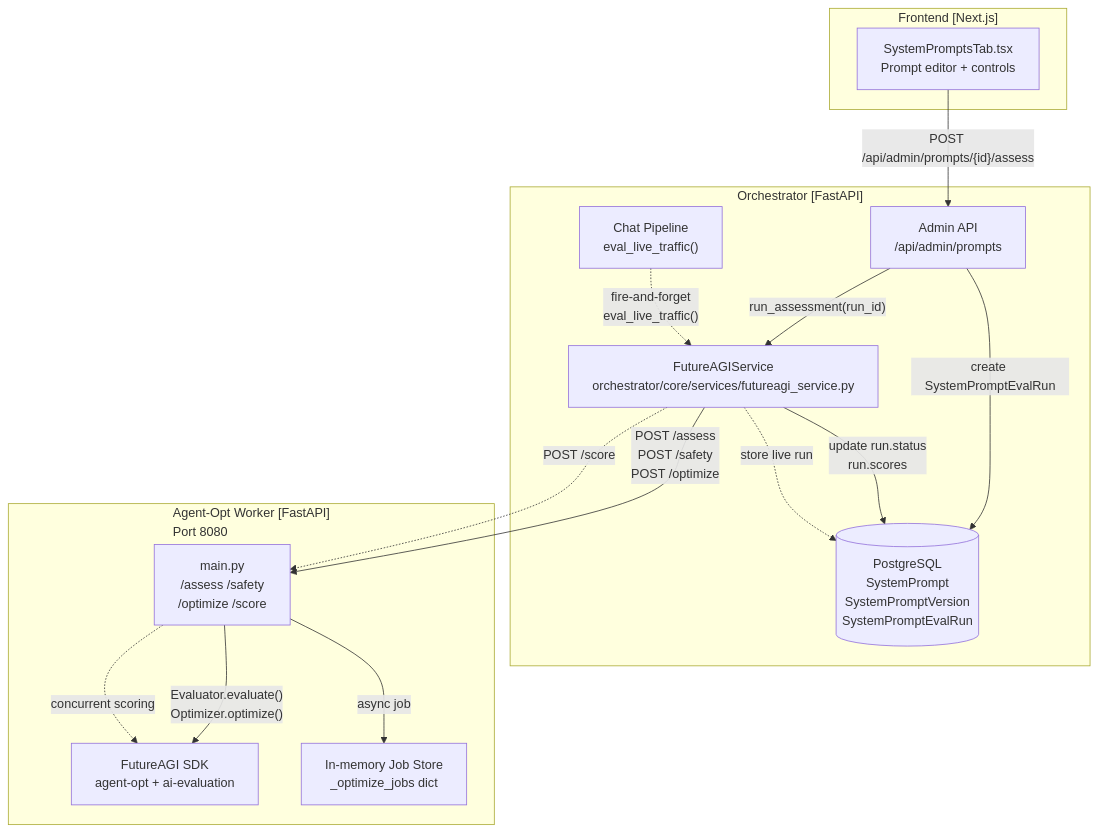
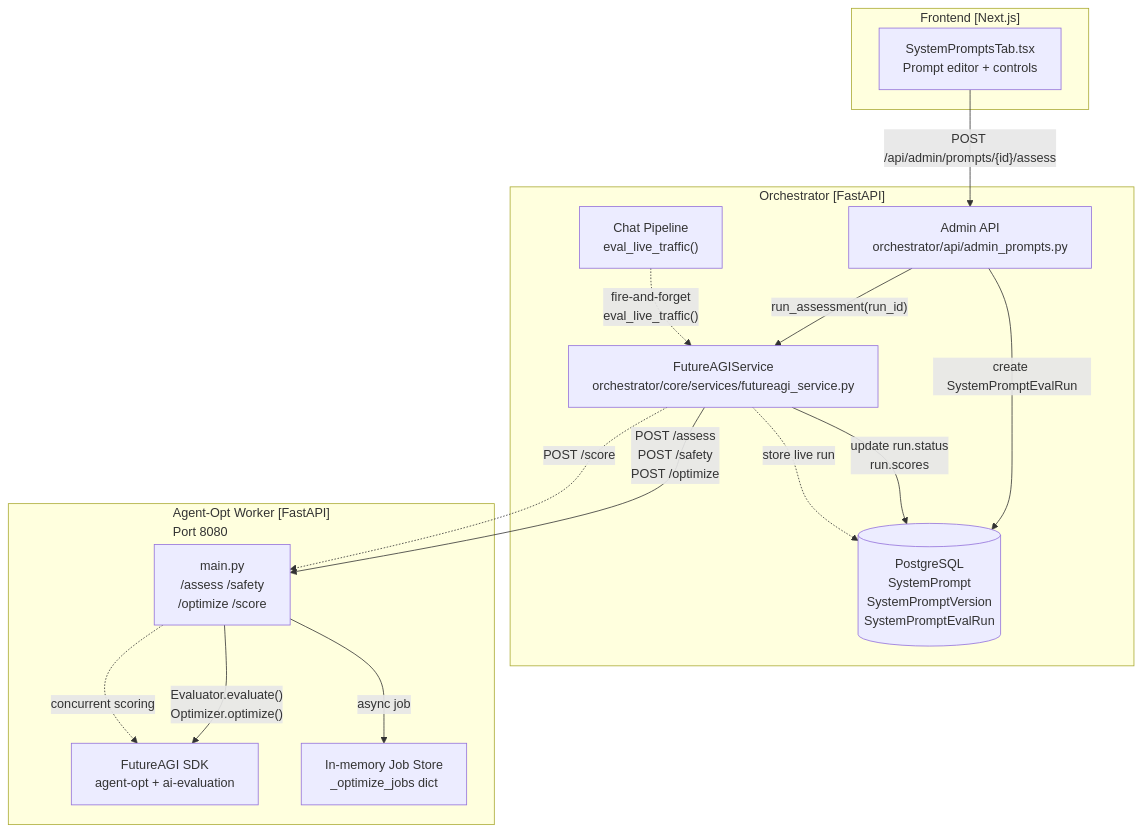
One commit to AutomatosAI/automatos-ai changed the diagram in docs/prompt-optimization/prompt-optimization.md. Above: the diagram before and after it, drawn with Mermaid. The commit also changed other lines of this file and 153 other files, not shown here.

````diff
--- a/docs/prompt-optimization/prompt-optimization.md
+++ b/docs/prompt-optimization/prompt-optimization.md
@@ -37,33 +34,33 @@
 ```mermaid
 graph TB
     subgraph "Orchestrator [FastAPI]"
-        API["Admin API<br/>/api/admin/prompts"]
+        API["Admin API<br/>orchestrator/api/admin_prompts.py"]
         FutureAGIService["FutureAGIService<br/>orchestrator/core/services/futureagi_service.py"]
         DB[("PostgreSQL<br/>SystemPrompt<br/>SystemPromptVersion<br/>SystemPromptEvalRun")]
         ChatPipeline["Chat Pipeline<br/>eval_live_traffic()"]
     end
     
     subgraph "Agent-Opt Worker [FastAPI]<br/>Port 8080"
         WorkerAPI["main.py<br/>/assess /safety<br/>/optimize /score"]
         FutureAGISDK["FutureAGI SDK<br/>agent-opt + ai-evaluation"]
         JobStore["In-memory Job Store<br/>_optimize_jobs dict"]
     end
     
     subgraph "Frontend [Next.js]"
         SystemPromptsTab["SystemPromptsTab.tsx<br/>Prompt editor + controls"]
     end
     
     SystemPromptsTab -->|"POST /api/admin/prompts/{id}/assess"| API
     API -->|"create SystemPromptEvalRun"| DB
     API -->|"run_assessment(run_id)"| FutureAGIService
     FutureAGIService -->|"POST /assess<br/>POST /safety<br/>POST /optimize"| WorkerAPI
     WorkerAPI -->|"Evaluator.evaluate()<br/>Optimizer.optimize()"| FutureAGISDK
     FutureAGIService -->|"update run.status<br/>run.scores"| DB
     
     ChatPipeline -.->|"fire-and-forget<br/>eval_live_traffic()"| FutureAGIService
     FutureAGIService -.->|"POST /score"| WorkerAPI
     WorkerAPI -.->|"concurrent scoring"| FutureAGISDK
     FutureAGIService -.->|"store live run"| DB
     
     WorkerAPI -->|"async job"| JobStore
 ```
````
